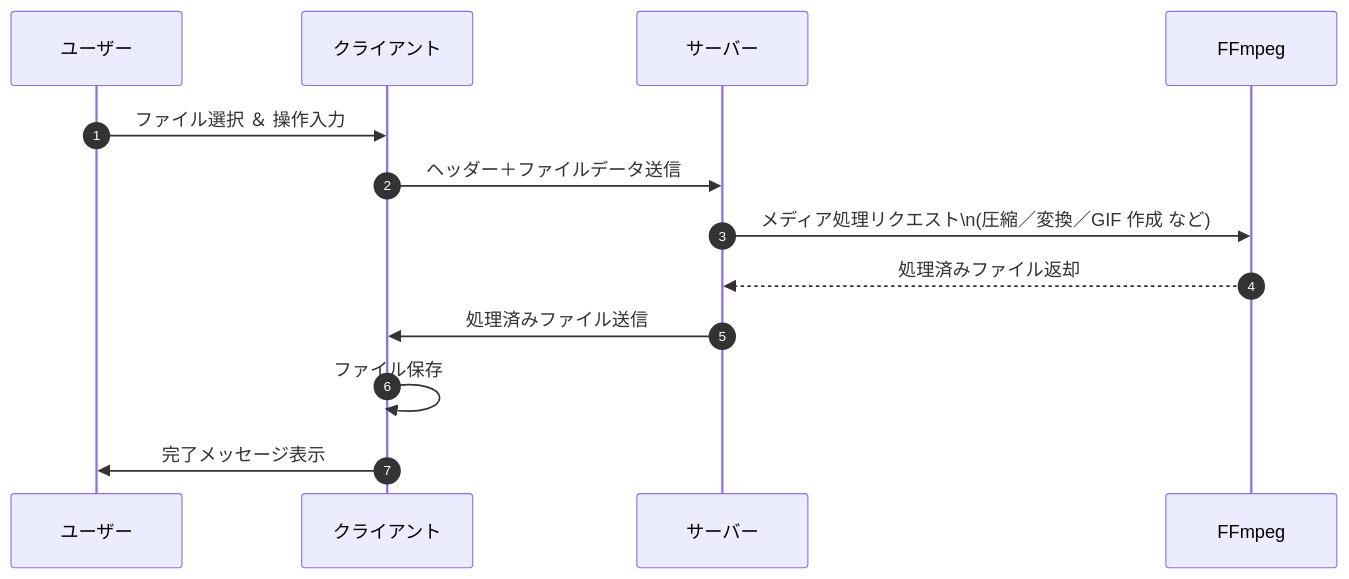
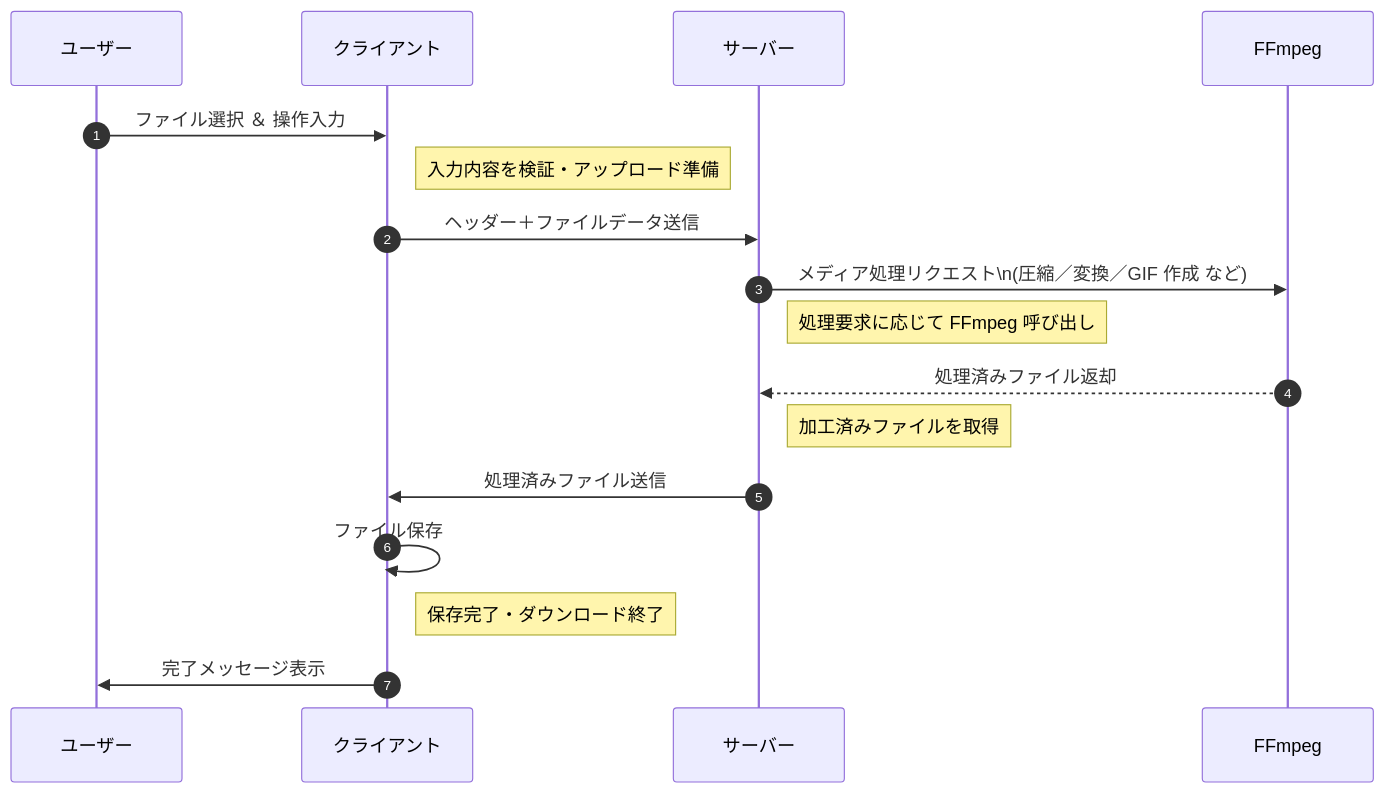
Before and after one commit to BackendExplorer/Video-Processor: the fourth of 4 diagrams in README.md, drawn with Mermaid.

````diff
--- a/README.md
+++ b/README.md
@@ -262,23 +262,26 @@
 ```mermaid
 sequenceDiagram
     autonumber
 
     participant ユーザー
     participant クライアント
     participant サーバー
     participant FFmpeg
 
     %% ユーザー操作→アップロード
     ユーザー ->> クライアント: ファイル選択 ＆ 操作入力
+    note right of クライアント: 入力内容を検証・アップロード準備
     クライアント ->> サーバー: ヘッダー＋ファイルデータ送信
 
     %% サーバー側で処理
     サーバー ->> FFmpeg: メディア処理リクエスト\n(圧縮／変換／GIF 作成 など)
+    note right of サーバー: 処理要求に応じて FFmpeg 呼び出し
     FFmpeg -->> サーバー: 処理済みファイル返却
+    note right of サーバー: 加工済みファイルを取得
 
     %% ダウンロード→保存
     サーバー ->> クライアント: 処理済みファイル送信
     クライアント ->> クライアント: ファイル保存
+    note right of クライアント: 保存完了・ダウンロード終了
     クライアント ->> ユーザー: 完了メッセージ表示
-
 ```
````
